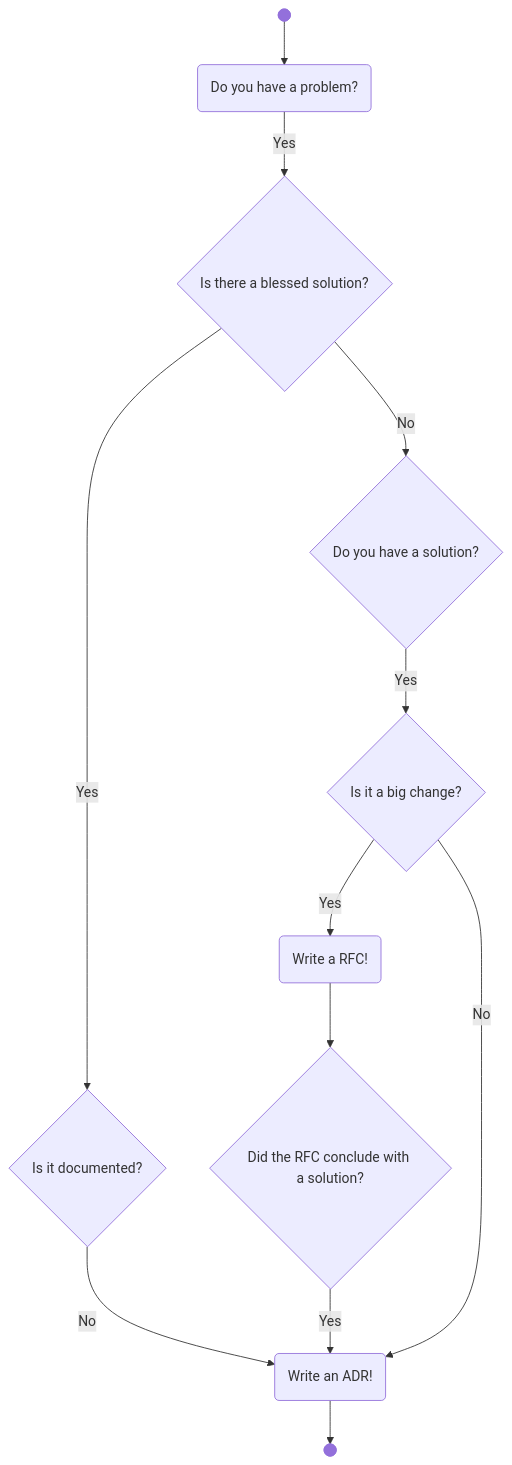
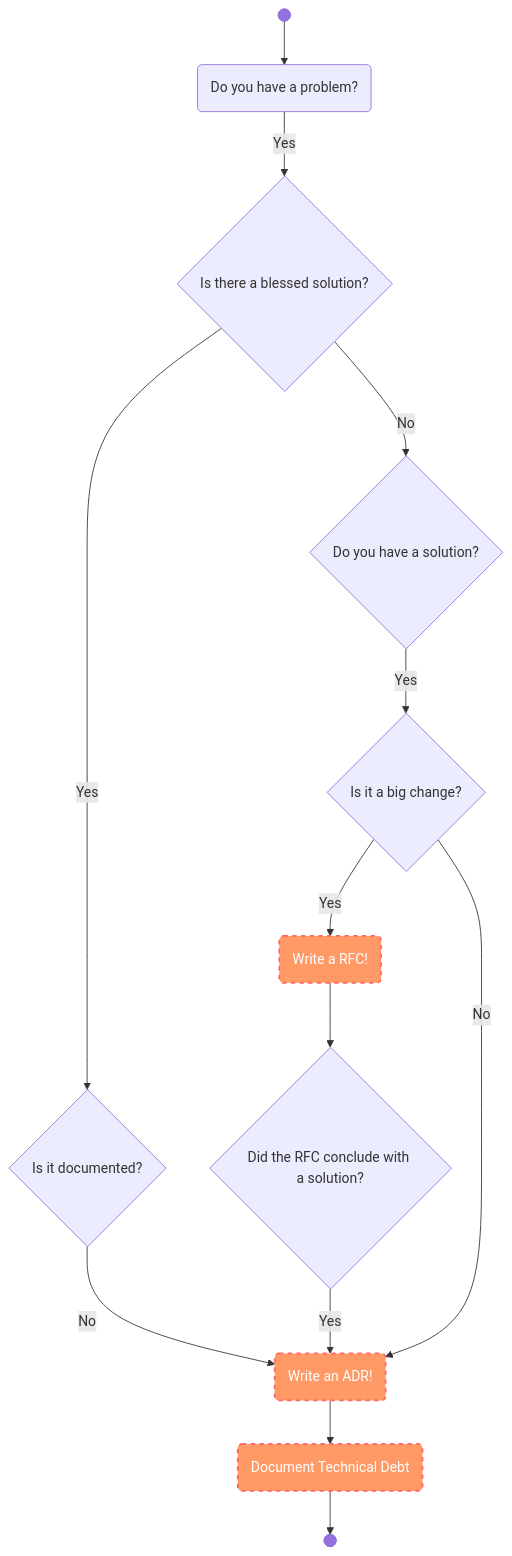
The diagram in README.md (rossbachp/DeciCollab), drawn with Mermaid before and after one commit. The commit also changed other lines of this file and 2 other files, not shown here.

Commit message:
Add: fixes, update faq voting and history

````diff
--- a/README.md
+++ b/README.md
@@ -109,14 +109,18 @@
 ```mermaid
 flowchart TD
 A1@{ shape: f-circ, label: "Start" } --> A2(Do you have a problem?)
 A2 -- Yes --> A3{Is there a blessed solution?}
 A3 -- Yes --> A4{Is it documented?}
 A4 -- No --> A5(Write an ADR!)
 A3 -- No --> A6{Do you have a solution?}
 A6 -- Yes -->A7{Is it a big change?}
 A7 -- Yes --> A8(Write a RFC!)
+A5 --> A11(Document Technical Debt)
 A8 --> A9{Did the RFC conclude with a solution?}
 A9 -- Yes --> A5
 A7 -- No --> A5
-A5 --> A10@{ shape: f-circ, label: "END" }
+A11 --> A10@{ shape: f-circ, label: "END" }
+
+classDef state fill:#f96,stroke:#f66,stroke-width:2px,color:#fff,stroke-dasharray: 5 5
+class A11,A5,A8 state;
 ```
````
